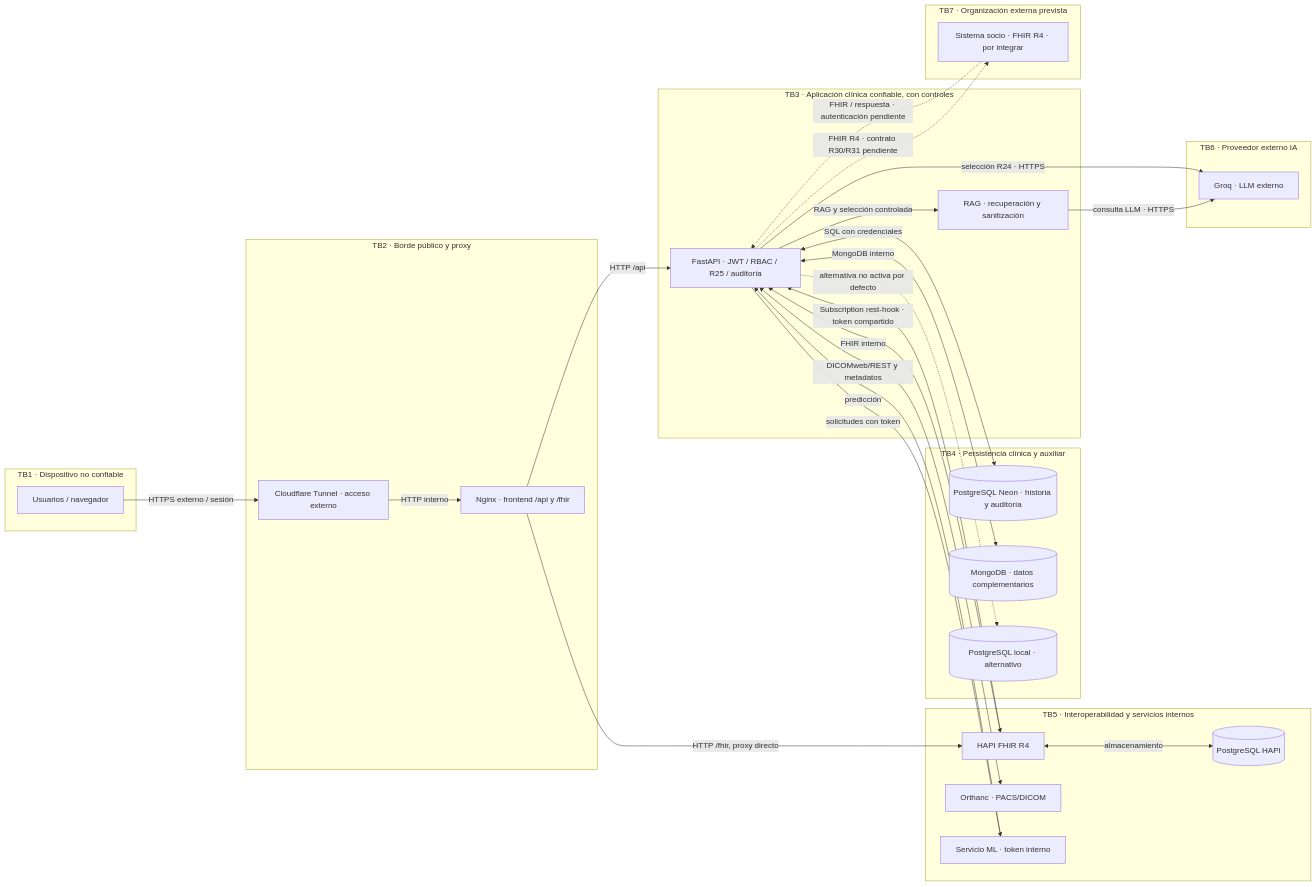
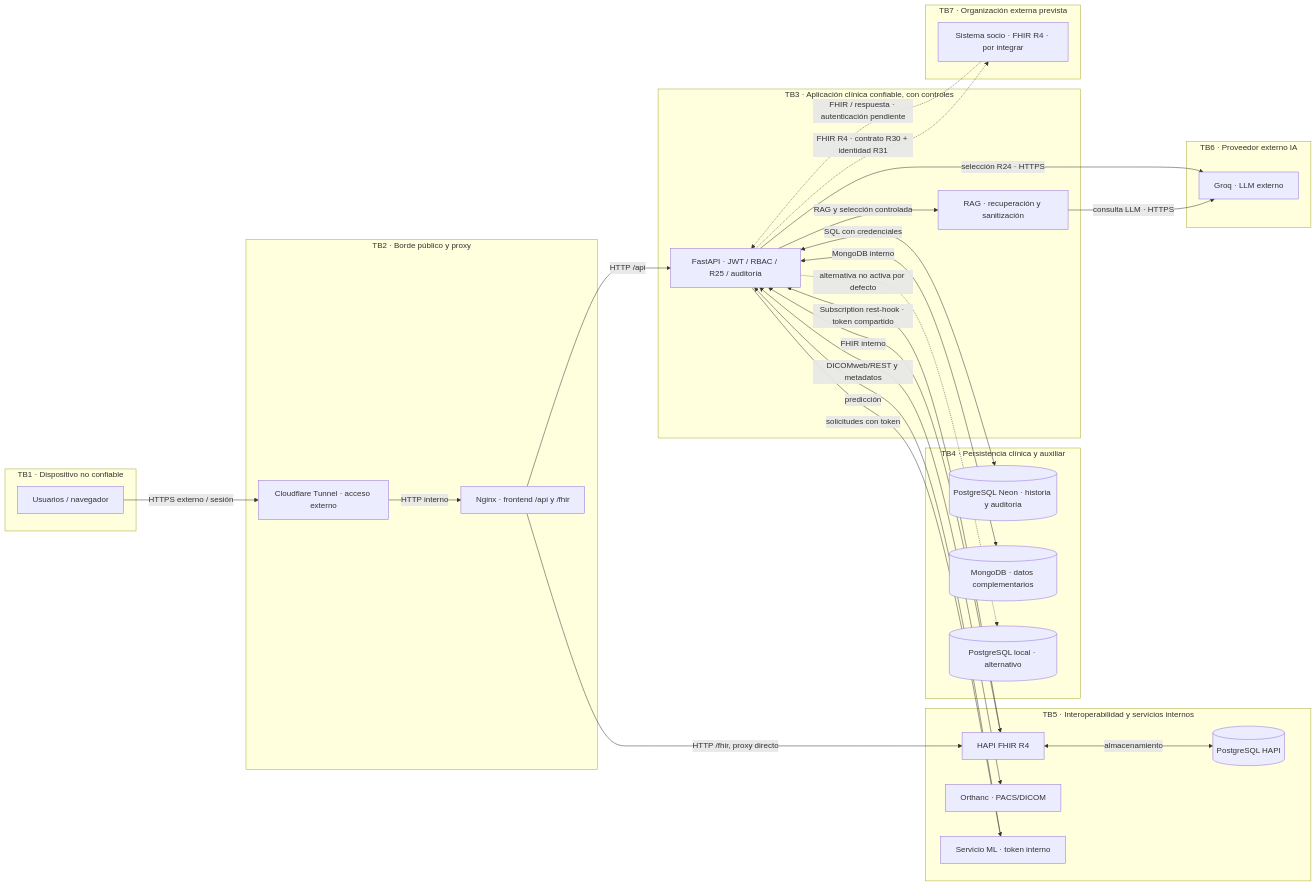
Before and after one commit to nataliap2005/proyecto-triage: the diagram in docs/STRIDE.md, drawn with Mermaid. The commit also changed other lines of this file and 9 other files, not shown here.

````diff
--- a/docs/STRIDE.md
+++ b/docs/STRIDE.md
@@ -20,49 +20,49 @@
 ```mermaid
 flowchart LR
     subgraph TB1[TB1 · Dispositivo no confiable]
        U[Usuarios / navegador]
     end
     subgraph TB2[TB2 · Borde público y proxy]
        T[Cloudflare Tunnel · acceso externo]
        N[Nginx · frontend /api y /fhir]
     end
     subgraph TB3[TB3 · Aplicación clínica confiable, con controles]
        A[FastAPI · JWT / RBAC / R25 / auditoría]
        R[RAG · recuperación y sanitización]
     end
     subgraph TB4[TB4 · Persistencia clínica y auxiliar]
        P[(PostgreSQL Neon · historia y auditoría)]
        M[(MongoDB · datos complementarios)]
        LP[(PostgreSQL local · alternativo)]
     end
     subgraph TB5[TB5 · Interoperabilidad y servicios internos]
        H[HAPI FHIR R4]
        HP[(PostgreSQL HAPI)]
        O[Orthanc · PACS/DICOM]
        ML[Servicio ML · token interno]
     end
     subgraph TB6[TB6 · Proveedor externo IA]
        G[Groq · LLM externo]
     end
     subgraph TB7[TB7 · Organización externa prevista]
        S[Sistema socio · FHIR R4 · por integrar]
     end
     U -->|HTTPS externo / sesión| T
     T -->|HTTP interno| N
     N -->|HTTP /api| A
     N -->|HTTP /fhir, proxy directo| H
     A <-->|SQL con credenciales| P
     A <-->|MongoDB interno| M
     A -.->|alternativa no activa por defecto| LP
     A <-->|FHIR interno| H
     H <-->|almacenamiento| HP
     H -->|Subscription rest-hook · token compartido| A
     A <-->|DICOMweb/REST y metadatos| O
     A -->|solicitudes con token| ML
     ML -->|predicción| A
     A -->|RAG y selección controlada| R
     R -->|consulta LLM · HTTPS| G
     A -->|selección R24 · HTTPS| G
-    A -.->|FHIR R4 · contrato R30/R31 pendiente| S
+    A -.->|FHIR R4 · contrato R30 + identidad R31| S
     S -.->|FHIR / respuesta · autenticación pendiente| A
 ```
````
